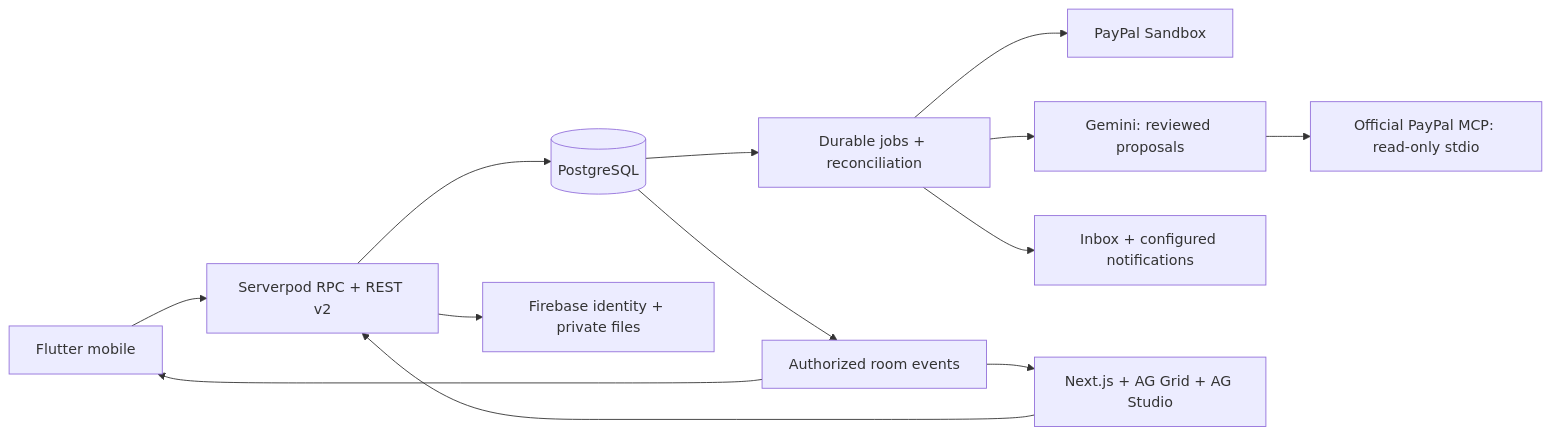
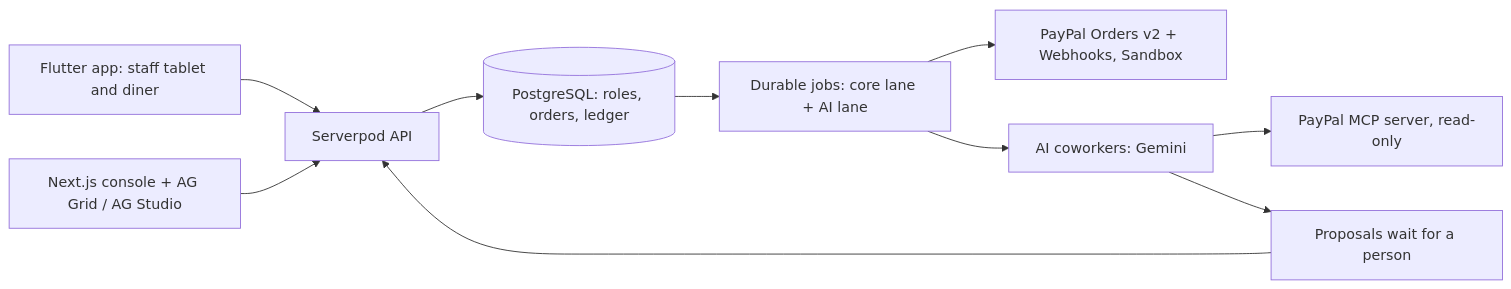
The diagram in README.md (FouadABT/raysto), drawn with Mermaid before and after one commit. The commit also changed other lines of this file and 7 other files, not shown here.

````diff
--- a/README.md
+++ b/README.md
@@ -52,15 +87,12 @@
 ```mermaid
 flowchart LR
-    Mobile[Flutter mobile] --> API[Serverpod RPC + REST v2]
-    API --> SQL[(PostgreSQL)]
-    API --> Firebase[Firebase identity + private files]
-    SQL --> Jobs[Durable jobs + reconciliation]
-    Jobs --> PayPal[PayPal Sandbox]
-    Jobs --> AI[Gemini: reviewed proposals]
-    Jobs --> Notices[Inbox + configured notifications]
-    Web[Next.js + AG Grid + AG Studio] --> API
-    AI --> MCP[Official PayPal MCP: read-only stdio]
-    SQL --> Events[Authorized room events]
-    Events --> Mobile
-    Events --> Web
+    App[Flutter app: staff tablet and diner] --> API[Serverpod API]
+    Console[Next.js console + AG Grid / AG Studio] --> API
+    API --> SQL[(PostgreSQL: roles, orders, ledger)]
+    SQL --> Jobs[Durable jobs: core lane + AI lane]
+    Jobs --> PayPal[PayPal Orders v2 + Webhooks, Sandbox]
+    Jobs --> Agents[AI coworkers: Gemini]
+    Agents --> MCP[PayPal MCP server, read-only]
+    Agents --> Inbox[Proposals wait for a person]
+    Inbox --> API
 ```
````
